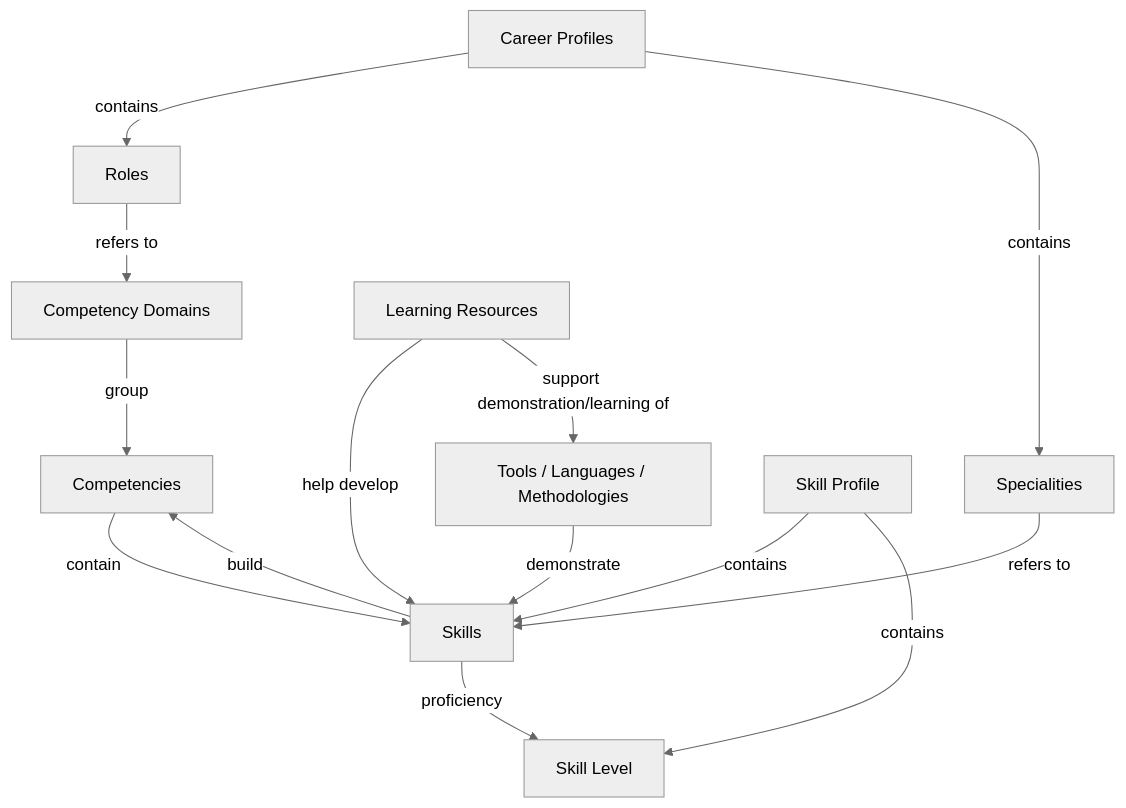
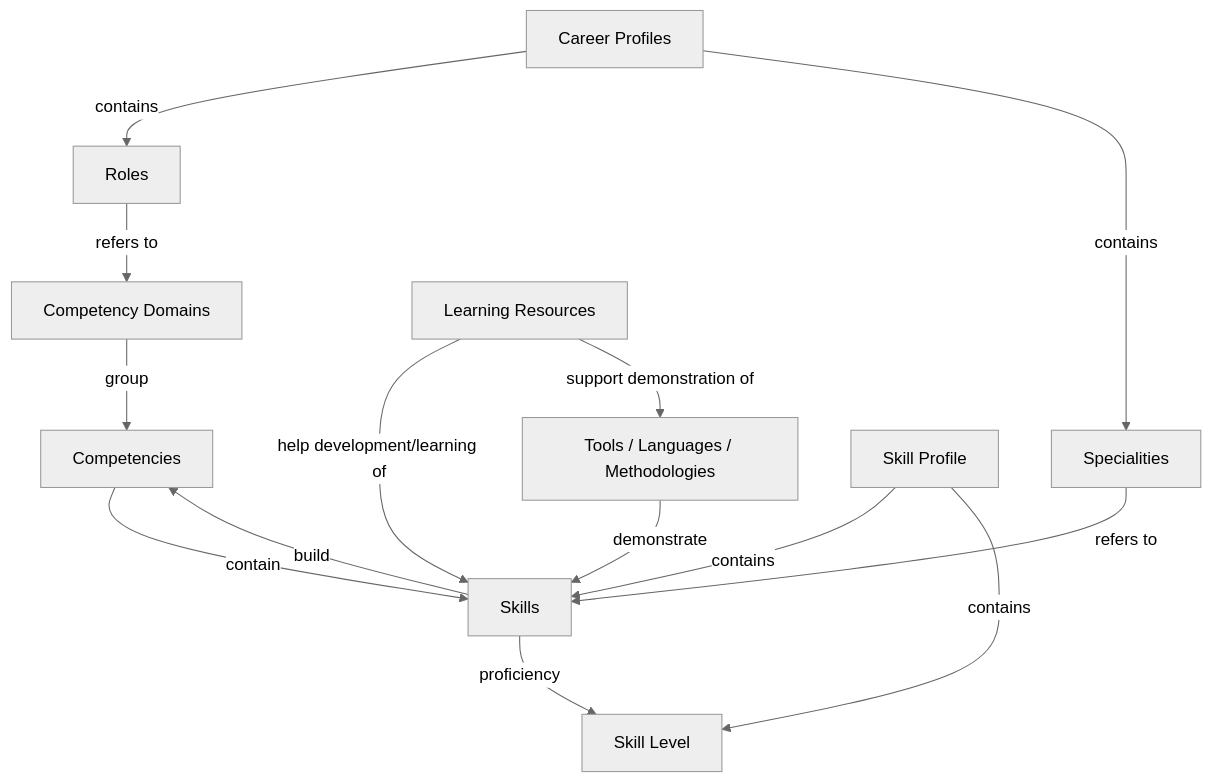
Before and after one commit to direct-framework/digital-research-competencies-framework: the diagram in framework/framework-diagram.md, drawn with Mermaid (neutral theme).

Commit message:
Refine LR relationships in framework diagram

````diff
--- a/framework/framework-diagram.md
+++ b/framework/framework-diagram.md
@@ -12,28 +12,28 @@
 ```mermaid
 flowchart TD
 CD[Competency Domains]
 C[Competencies]
 Sk[Skills]
 SL[Skill Level]
 TLM[Tools / Languages / Methodologies]
 LR[Learning Resources]
 R[Roles]
 Spec[Specialities]
 CP[Career Profiles]
 SP[Skill Profile]
 
 
 CD -- group --> C
 C -- contain --> Sk
 Sk -- build --> C
 Sk -- proficiency --> SL
 TLM -- demonstrate --> Sk
-LR -- help develop --> Sk
-LR -- support demonstration/learning of --> TLM
+LR -- help development/learning of --> Sk
+LR -- support demonstration of --> TLM
 CP -- contains --> R
 CP -- contains --> Spec
 R -- refers to --> CD
 Spec -- refers to --> Sk
 SP -- contains --> Sk
 SP -- contains --> SL
 ```
````
